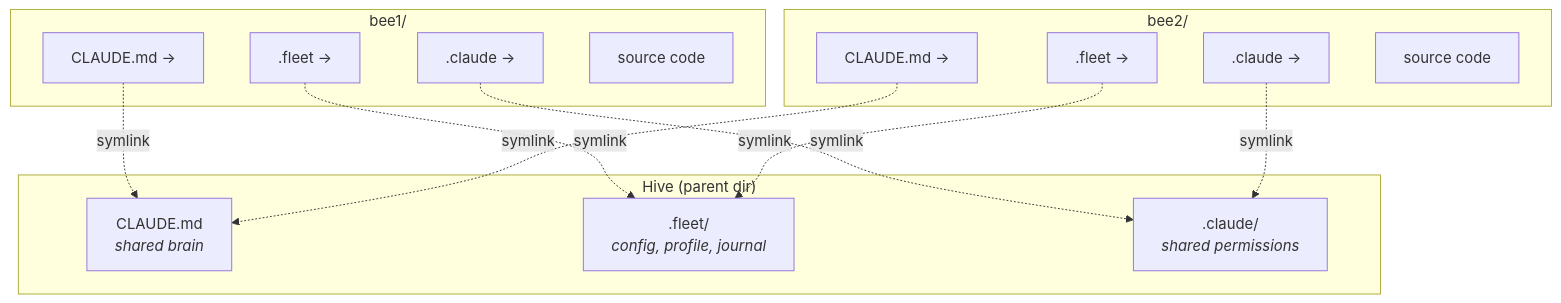
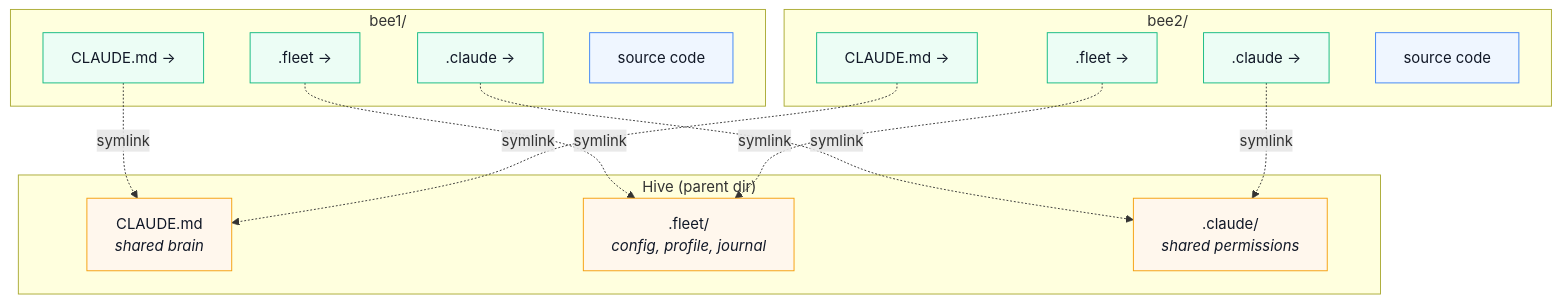
One commit to Osama-Yusuf/fleet changed the first of 5 diagrams in README.md. Above: the diagram before and after it, drawn with Mermaid. The commit also changed other lines of this file and 1 other file, not shown here.

Commit message:
Improve documentation diagrams

````diff
--- a/README.md
+++ b/README.md
@@ -53,29 +53,36 @@
 ```mermaid
 graph TB
     subgraph Hive["Hive (parent dir)"]
         BRAIN["CLAUDE.md<br/><i>shared brain</i>"]
         FLEET[".fleet/<br/><i>config, profile, journal</i>"]
         CLAUDE_DIR[".claude/<br/><i>shared permissions</i>"]
     end
 
     subgraph Bee1["bee1/"]
         B1_BRAIN["CLAUDE.md →"]
         B1_FLEET[".fleet →"]
         B1_CLAUDE[".claude →"]
         B1_CODE["source code"]
     end
 
     subgraph Bee2["bee2/"]
         B2_BRAIN["CLAUDE.md →"]
         B2_FLEET[".fleet →"]
         B2_CLAUDE[".claude →"]
         B2_CODE["source code"]
     end
 
     B1_BRAIN -.->|symlink| BRAIN
     B1_FLEET -.->|symlink| FLEET
     B1_CLAUDE -.->|symlink| CLAUDE_DIR
     B2_BRAIN -.->|symlink| BRAIN
     B2_FLEET -.->|symlink| FLEET
     B2_CLAUDE -.->|symlink| CLAUDE_DIR
+
+    classDef shared fill:#fff7ed,stroke:#f59e0b,color:#111827
+    classDef beeLink fill:#ecfdf5,stroke:#10b981,color:#111827
+    classDef code fill:#eff6ff,stroke:#3b82f6,color:#111827
+    class BRAIN,FLEET,CLAUDE_DIR shared
+    class B1_BRAIN,B1_FLEET,B1_CLAUDE,B2_BRAIN,B2_FLEET,B2_CLAUDE beeLink
+    class B1_CODE,B2_CODE code
 ```
````
